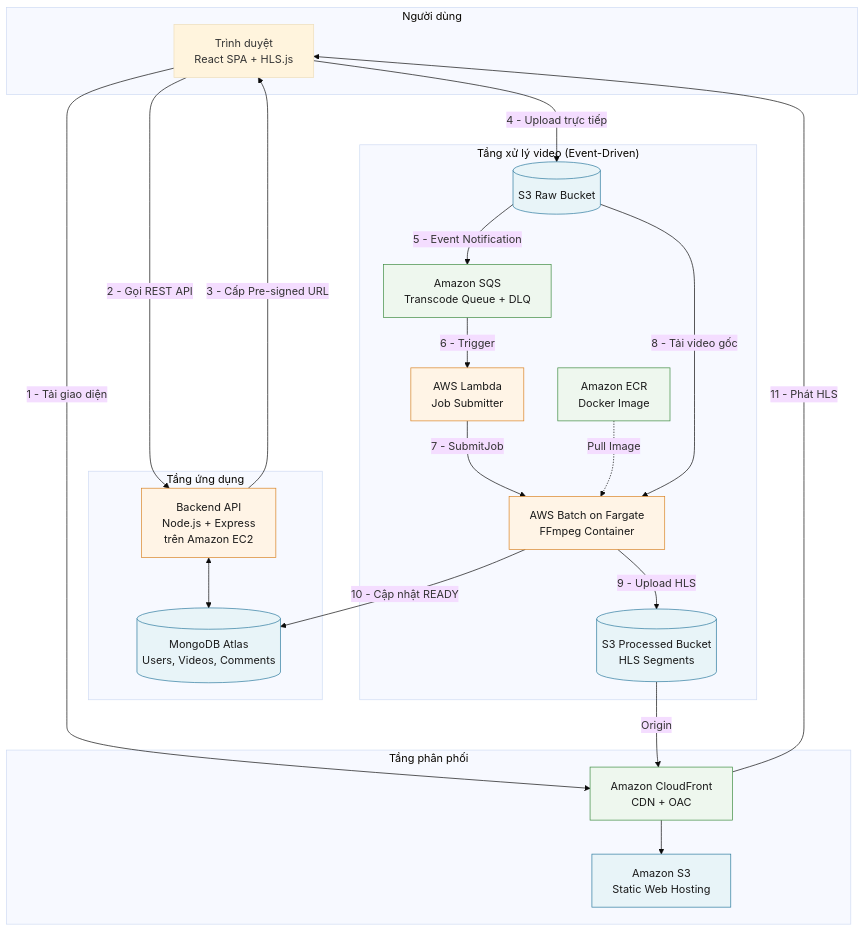
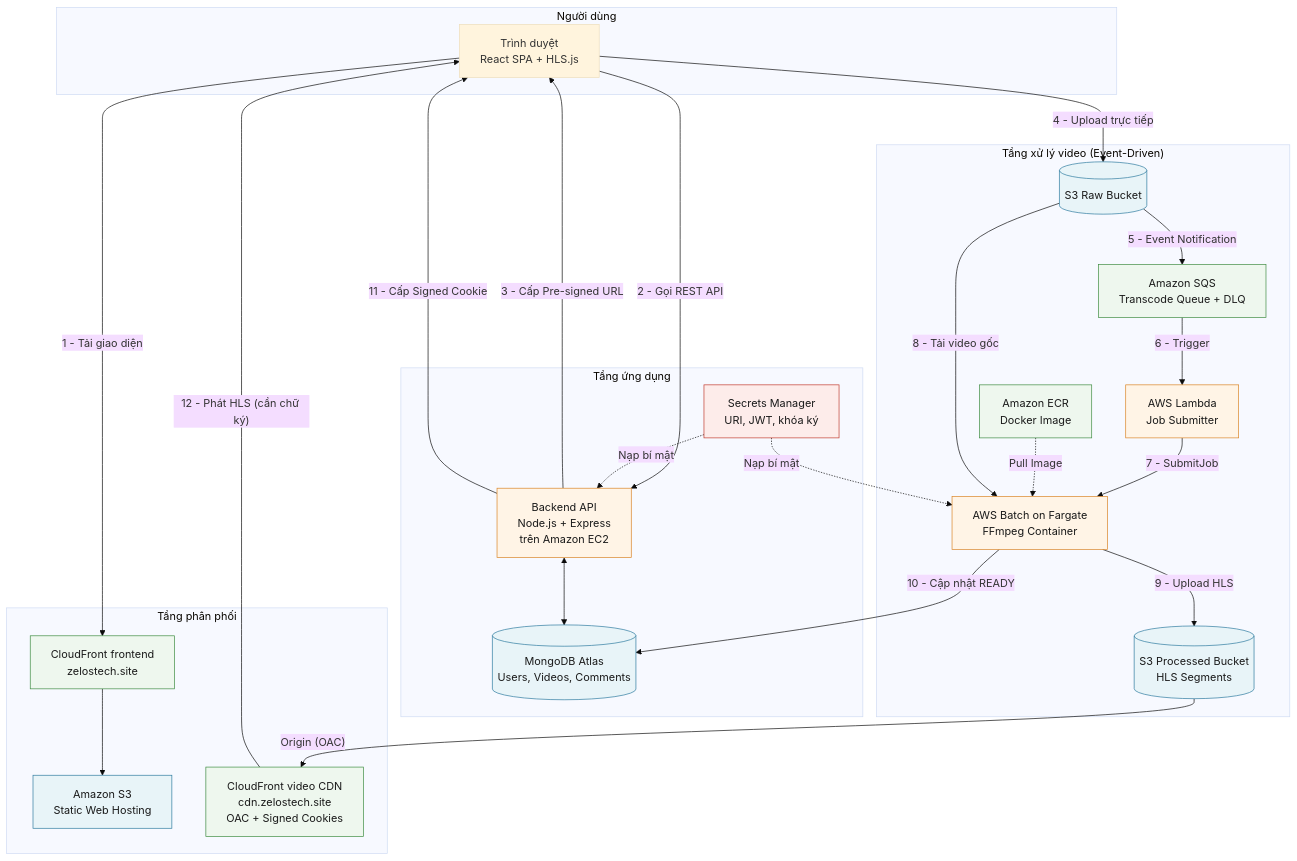
The diagram in docs/diagrams/src/01-architecture-overview.mmd (DinhQuocCuong28664/DACNTT_VideoStreaming), drawn with Mermaid (base theme) before and after one commit. The commit also changed 14 other files, not shown here.

```diff
--- a/docs/diagrams/src/01-architecture-overview.mmd
+++ b/docs/diagrams/src/01-architecture-overview.mmd
@@ -1,46 +1,53 @@
 graph TB
     subgraph Client["Người dùng"]
         Browser["Trình duyệt<br/>React SPA + HLS.js"]
     end
 
     subgraph Edge["Tầng phân phối"]
-        CF["Amazon CloudFront<br/>CDN + OAC"]
+        CFWeb["CloudFront frontend<br/>zelostech.site"]
         S3Web["Amazon S3<br/>Static Web Hosting"]
+        CFVid["CloudFront video CDN<br/>cdn.zelostech.site<br/>OAC + Signed Cookies"]
     end
 
     subgraph App["Tầng ứng dụng"]
         API["Backend API<br/>Node.js + Express<br/>trên Amazon EC2"]
         DB[("MongoDB Atlas<br/>Users, Videos, Comments")]
+        SM["Secrets Manager<br/>URI, JWT, khóa ký"]
     end
 
     subgraph Pipeline["Tầng xử lý video (Event-Driven)"]
         S3Raw[("S3 Raw Bucket")]
         SQS["Amazon SQS<br/>Transcode Queue + DLQ"]
         Lambda["AWS Lambda<br/>Job Submitter"]
         Batch["AWS Batch on Fargate<br/>FFmpeg Container"]
         ECR["Amazon ECR<br/>Docker Image"]
         S3Proc[("S3 Processed Bucket<br/>HLS Segments")]
     end
 
-    Browser -->|"1 - Tải giao diện"| CF
-    CF --> S3Web
+    Browser -->|"1 - Tải giao diện"| CFWeb
+    CFWeb --> S3Web
     Browser -->|"2 - Gọi REST API"| API
     API <--> DB
+    SM -.->|"Nạp bí mật"| API
+    SM -.->|"Nạp bí mật"| Batch
     API -->|"3 - Cấp Pre-signed URL"| Browser
     Browser -->|"4 - Upload trực tiếp"| S3Raw
     S3Raw -->|"5 - Event Notification"| SQS
     SQS -->|"6 - Trigger"| Lambda
     Lambda -->|"7 - SubmitJob"| Batch
     ECR -.->|"Pull Image"| Batch
     S3Raw -->|"8 - Tải video gốc"| Batch
     Batch -->|"9 - Upload HLS"| S3Proc
     Batch -->|"10 - Cập nhật READY"| DB
-    S3Proc -->|"Origin"| CF
-    CF -->|"11 - Phát HLS"| Browser
+    S3Proc -->|"Origin (OAC)"| CFVid
+    API -->|"11 - Cấp Signed Cookie"| Browser
+    CFVid -->|"12 - Phát HLS (cần chữ ký)"| Browser
 
     classDef storage fill:#e8f4f8,stroke:#2c7a9e,color:#1a1a1a
     classDef compute fill:#fff4e6,stroke:#d98324,color:#1a1a1a
     classDef network fill:#eef7ee,stroke:#3d8b40,color:#1a1a1a
+    classDef secret fill:#fdecea,stroke:#c0392b,color:#1a1a1a
     class S3Raw,S3Proc,S3Web,DB storage
     class Batch,Lambda,API compute
-    class CF,SQS,ECR network
+    class CFWeb,CFVid,SQS,ECR network
+    class SM secret
```
